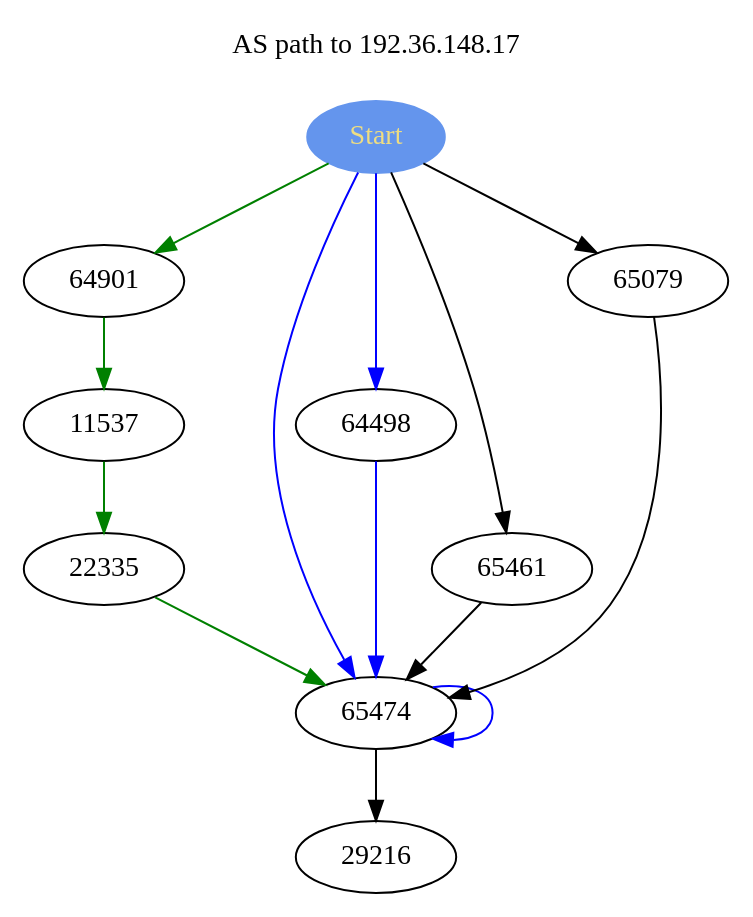
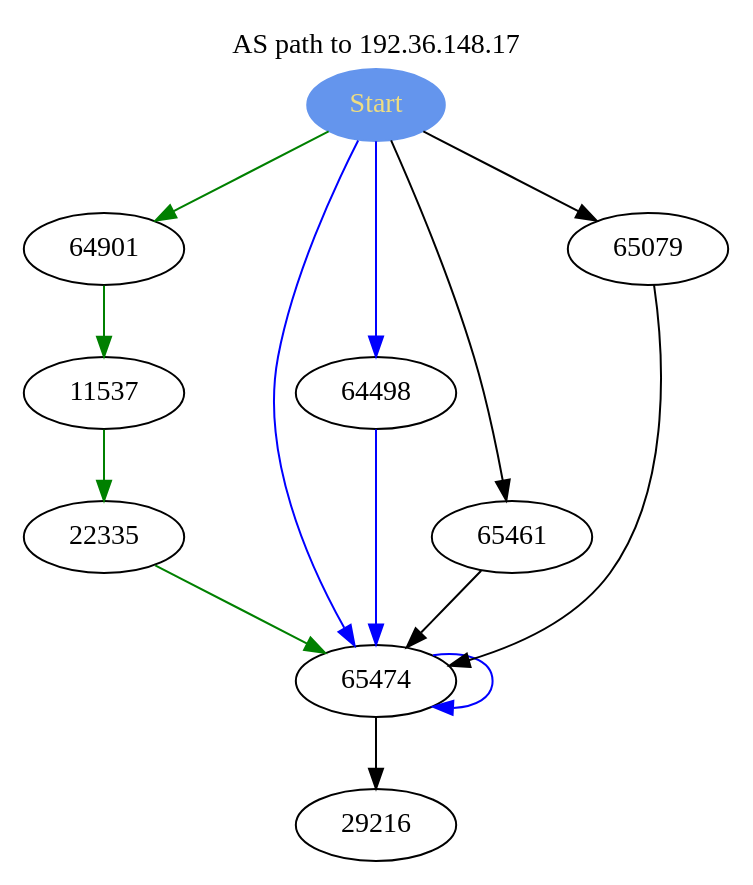
Before and after one commit to CAAREN-engineering/PrefixGraph: the diagram in samples/sample.dot, drawn with Graphviz.

Commit message:
formatting

```diff
--- a/samples/sample.dot
+++ b/samples/sample.dot
@@ -1,24 +1,20 @@
 strict digraph  {
-	graph [label="AS path to 192.36.148.17
-
-",
-		labelloc=t
-	];
+	graph [label="AS path to 192.36.148.17",labelloc=t];
 	Start	 [color=cornflowerblue,
-		fontcolor=lightgoldenrod,
-		style=filled];
+	          fontcolor=lightgoldenrod,
+		      style=filled];
 	Start -> 64901	 [color=green];
 	Start -> 65474	 [color=blue];
 	Start -> 65474	 [color=blue];
 	Start -> 64498	 [color=blue];
 	Start -> 65461	 [color=black];
 	Start -> 65079	 [color=black];
 	64901 -> 11537	 [color=green];
 	11537 -> 22335	 [color=green];
 	22335 -> 65474	 [color=green];
 	65474 -> 29216	 [color=black];
 	65474 -> 65474	 [color=blue];
 	64498 -> 65474	 [color=blue];
 	65461 -> 65474	 [color=black];
 	65079 -> 65474	 [color=black];
 }
```
